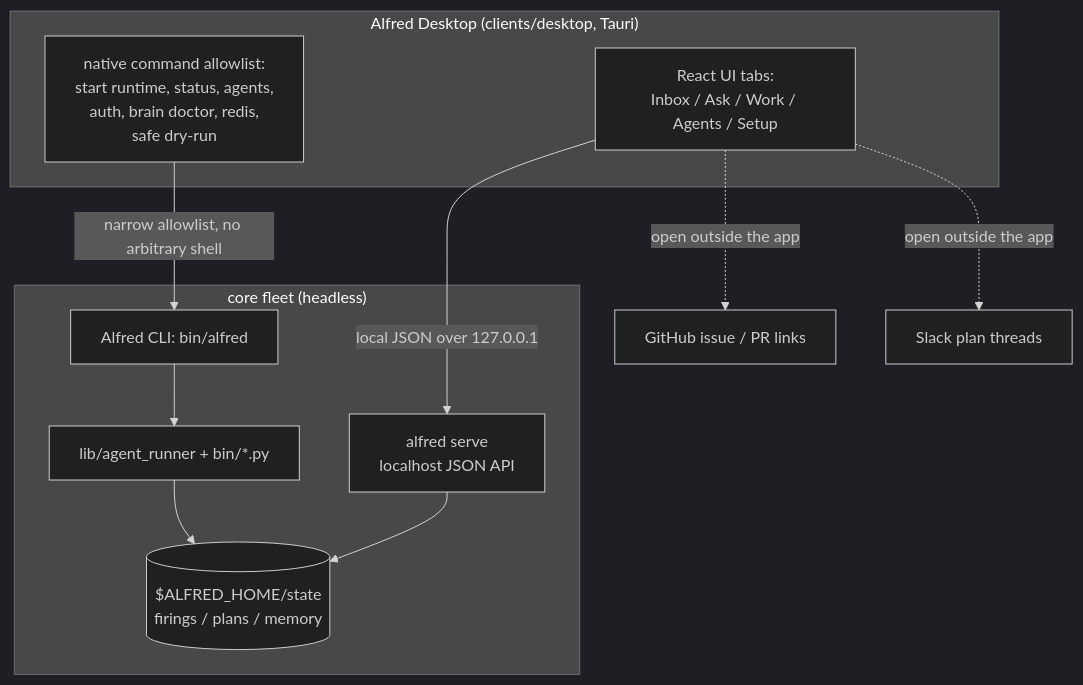
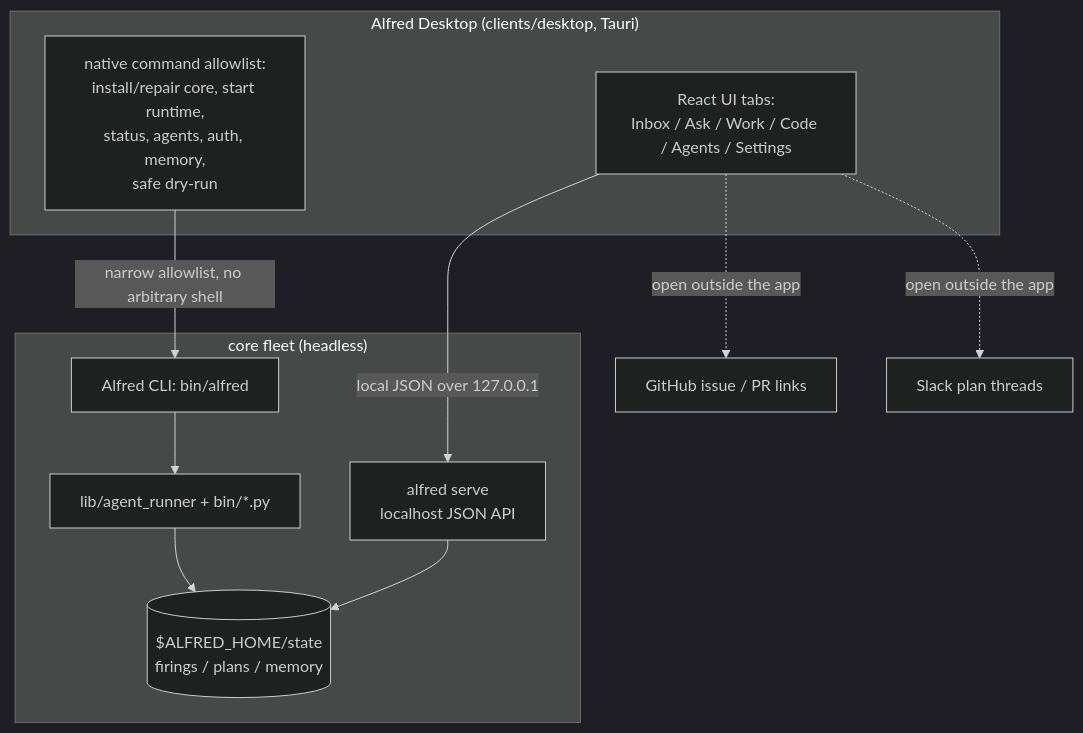
Before and after one commit to luminik-io/alfred: the fifth of 8 diagrams in docs/ARCHITECTURE.md, drawn with Mermaid (dark theme). The commit also changed 24 other files, not shown here.

First line of the commit message:
feat(desktop): add native code intelligence (#567)

````diff
--- a/docs/ARCHITECTURE.md
+++ b/docs/ARCHITECTURE.md
@@ -201,25 +201,25 @@
 ```mermaid
 flowchart TB
     subgraph client["Alfred Desktop (clients/desktop, Tauri)"]
-        ui["React UI tabs:<br/>Inbox / Ask / Work / Agents / Setup"]
-        native["native command allowlist:<br/>start runtime, status, agents,<br/>auth, brain doctor, redis,<br/>safe dry-run"]
+        ui["React UI tabs:<br/>Inbox / Ask / Work / Code / Agents / Settings"]
+        native["native command allowlist:<br/>install/repair core, start runtime,<br/>status, agents, auth, memory,<br/>safe dry-run"]
     end
 
     subgraph core["core fleet (headless)"]
         serve["alfred serve<br/>localhost JSON API"]
         state[("$ALFRED_HOME/state<br/>firings / plans / memory")]
         cli["Alfred CLI: bin/alfred"]
         fleet["lib/agent_runner + bin/*.py"]
     end
 
     gh["GitHub issue / PR links"]
     slackthread["Slack plan threads"]
 
     ui -->|local JSON over 127.0.0.1| serve
     native -->|narrow allowlist, no arbitrary shell| cli
     serve --> state
     cli --> fleet
     fleet --> state
     ui -.->|open outside the app| gh
     ui -.->|open outside the app| slackthread
 ```
````
